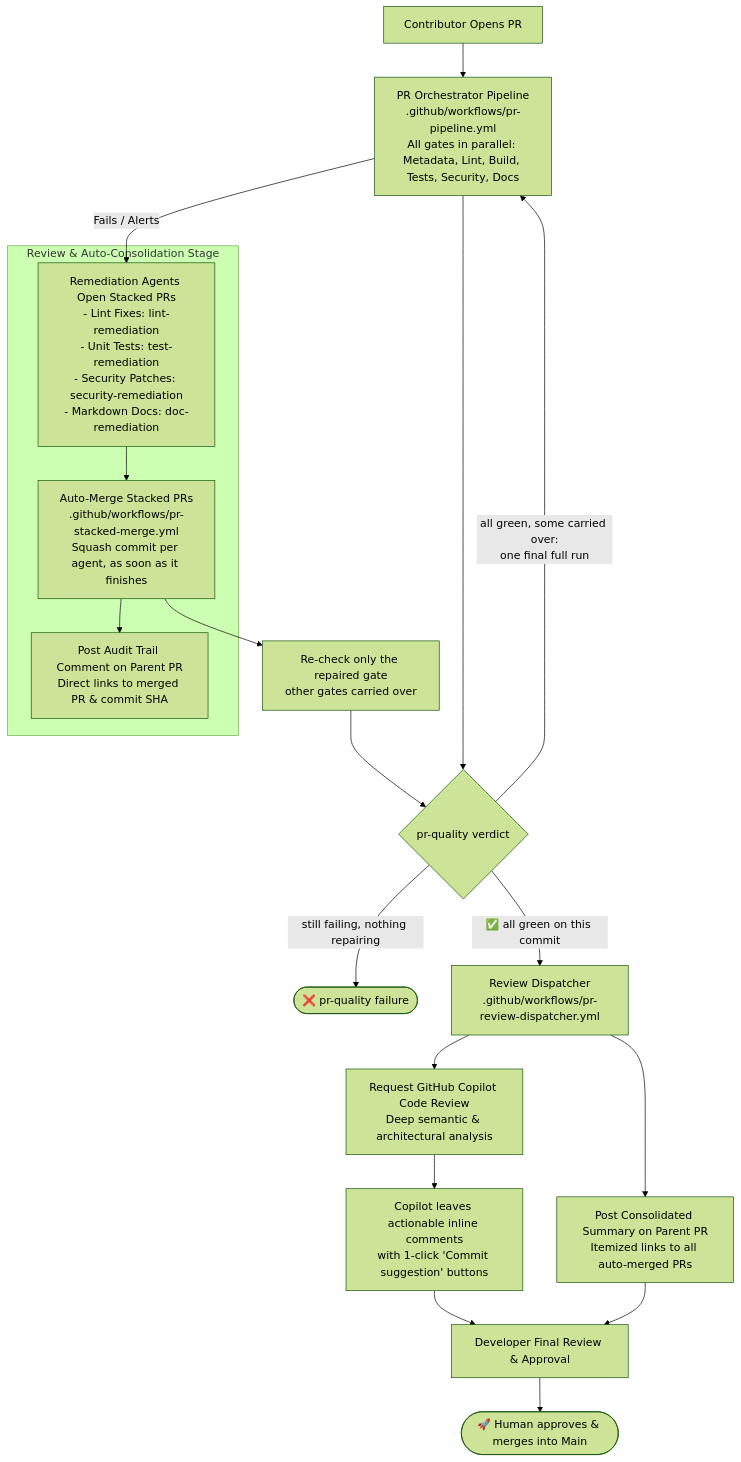
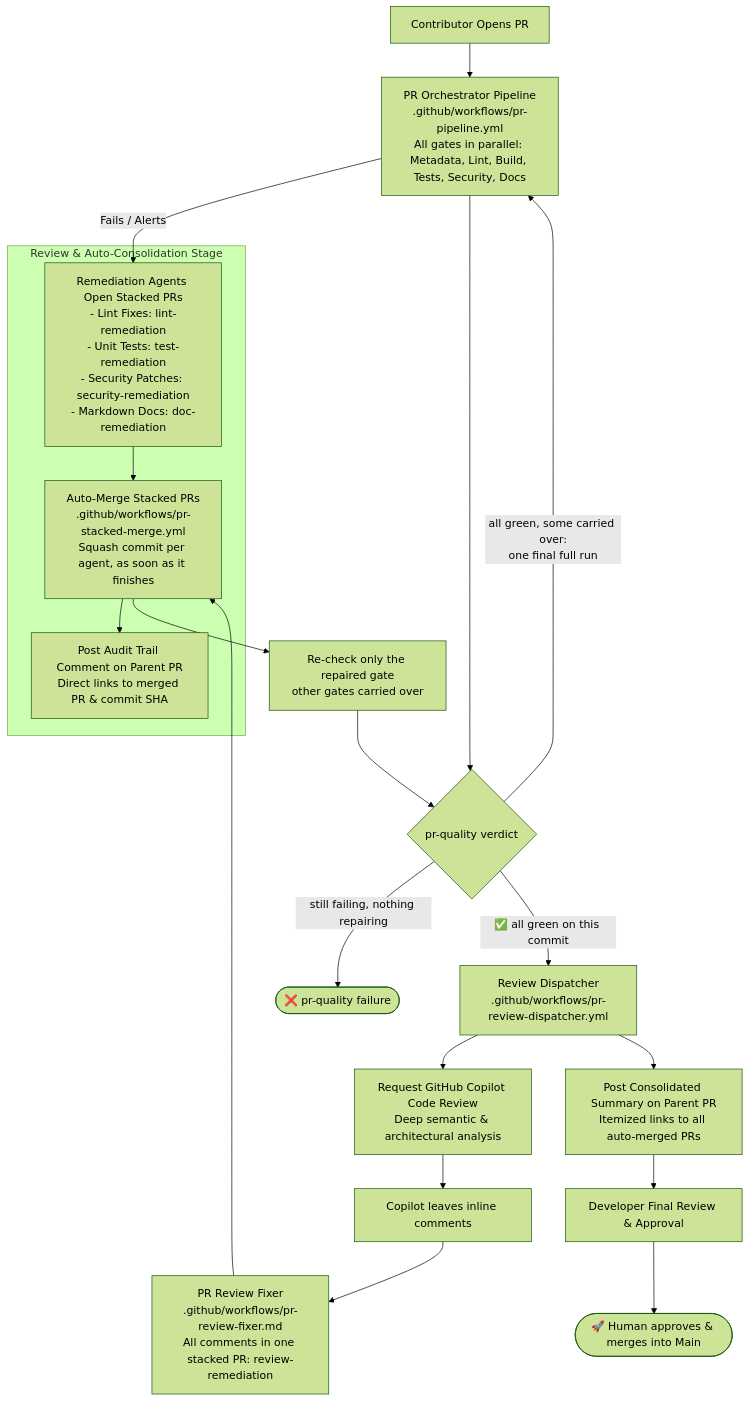
The diagram in docs/pr-review-and-consolidation.md (SitoaderOrg/ForgeFlow), drawn with Mermaid (forest theme) before and after one commit. The commit also changed other lines of this file and 17 other files, not shown here.

First line of the commit message:
feat(ci): address Copilot code review comments in one stacked PR

````diff
--- a/docs/pr-review-and-consolidation.md
+++ b/docs/pr-review-and-consolidation.md
@@ -28,28 +28,30 @@
 ```mermaid
 flowchart TD
     PR[Contributor Opens PR] --> Pipeline[PR Orchestrator Pipeline\n.github/workflows/pr-pipeline.yml\nAll gates in parallel: Metadata, Lint, Build, Tests, Security, Docs]
     
     Pipeline -->|Fails / Alerts| Agents[Remediation Agents Open Stacked PRs\n- Lint Fixes: lint-remediation\n- Unit Tests: test-remediation\n- Security Patches: security-remediation\n- Markdown Docs: doc-remediation]
     
     subgraph Auto_Consolidation [Review & Auto-Consolidation Stage]
         Agents --> AutoMerge[Auto-Merge Stacked PRs\n.github/workflows/pr-stacked-merge.yml\nSquash commit per agent, as soon as it finishes]
         AutoMerge --> CommentParent[Post Audit Trail Comment on Parent PR\nDirect links to merged PR & commit SHA]
     end
 
     AutoMerge --> SyncBranch[Re-check only the repaired gate\nother gates carried over]
     SyncBranch --> Verdict{pr-quality verdict}
     Pipeline --> Verdict
     Verdict -->|all green, some carried over:\none final full run| Pipeline
     Verdict -->|still failing, nothing repairing| Fail([❌ pr-quality failure])
 
     Verdict -->|✅ all green on this commit| Dispatcher[Review Dispatcher\n.github/workflows/pr-review-dispatcher.yml]
 
     Dispatcher --> RequestCopilot[Request GitHub Copilot Code Review\nDeep semantic & architectural analysis]
     Dispatcher --> PostSummary[Post Consolidated Summary on Parent PR\nItemized links to all auto-merged PRs]
 
-    RequestCopilot --> InlineFeedback[Copilot leaves actionable inline comments\nwith 1-click 'Commit suggestion' buttons]
+    RequestCopilot --> InlineFeedback[Copilot leaves inline comments]
+    InlineFeedback --> ReviewFixer[PR Review Fixer\n.github/workflows/pr-review-fixer.md\nAll comments in one stacked PR: review-remediation]
+    ReviewFixer --> AutoMerge
 
-    InlineFeedback & PostSummary --> DeveloperReview[Developer Final Review & Approval]
+    PostSummary --> DeveloperReview[Developer Final Review & Approval]
 
     DeveloperReview --> MergeMain([🚀 Human approves & merges into Main])
 ```
````
